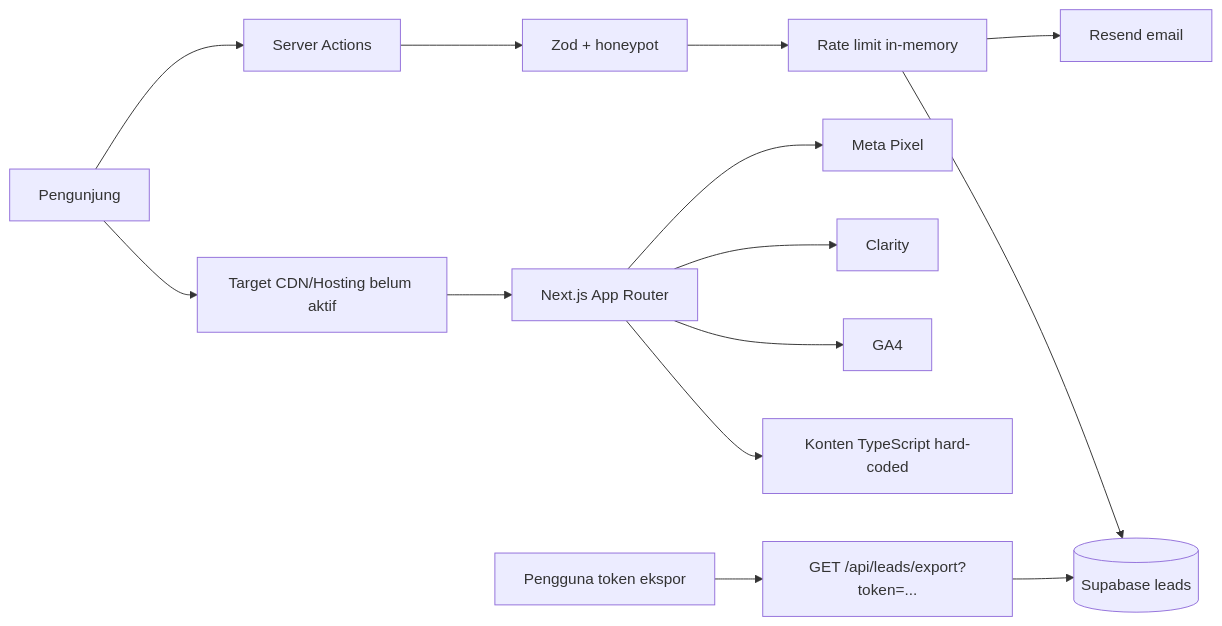
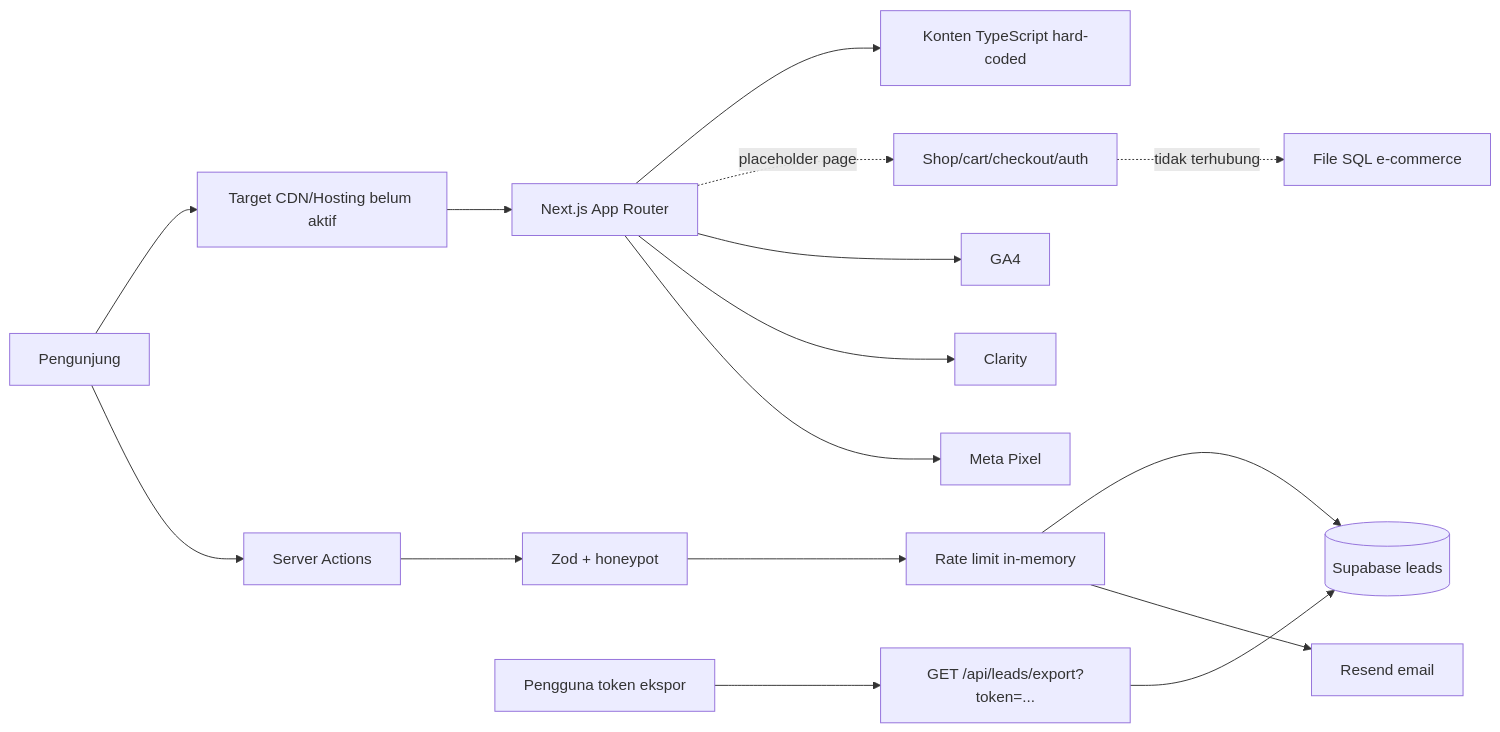
One commit to rikzacraft11-art/alfabeauty changed the first of 2 diagrams in docs/PROJECT_SOURCE_OF_TRUTH.md. Above: the diagram before and after it, drawn with Mermaid. The commit also changed other lines of this file and 64 other files, not shown here.

Commit message:
feat: implement commerce module with Supabase database schema, Sanity CMS integration, and Midtrans payment processing support

````diff
--- a/docs/PROJECT_SOURCE_OF_TRUTH.md
+++ b/docs/PROJECT_SOURCE_OF_TRUTH.md
@@ -300,16 +534,18 @@
 ```mermaid
 flowchart LR
     U[Pengunjung] --> CDN[Target CDN/Hosting belum aktif]
     CDN --> N[Next.js App Router]
     N --> HC[Konten TypeScript hard-coded]
+    N -. placeholder page .-> EC[Shop/cart/checkout/auth]
+    EC -. tidak terhubung .-> SQL[File SQL e-commerce]
     U --> SA[Server Actions]
     SA --> Z[Zod + honeypot]
     Z --> RL[Rate limit in-memory]
     RL --> SB[(Supabase leads)]
     RL --> RE[Resend email]
     A[Pengguna token ekspor] --> API[GET /api/leads/export?token=...]
     API --> SB
     N --> GA[GA4]
     N --> CL[Clarity]
     N --> MP[Meta Pixel]
 ```
````
